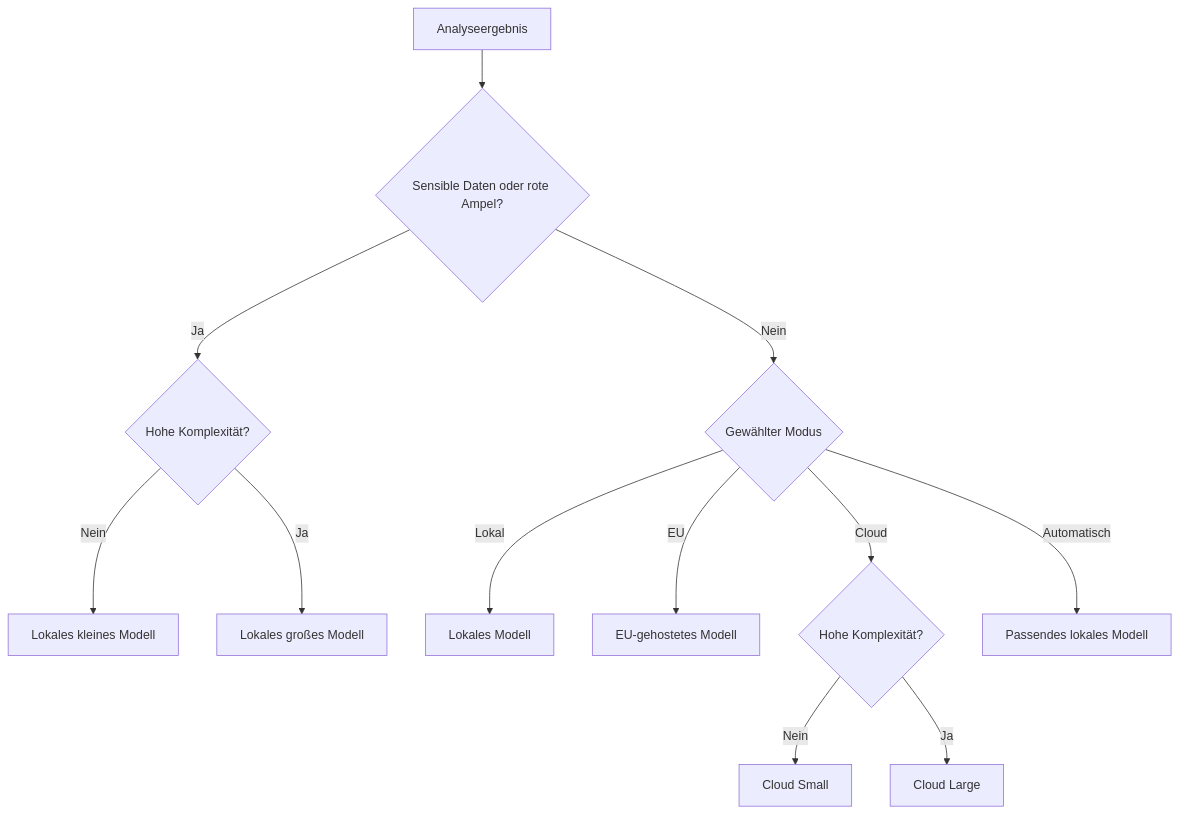
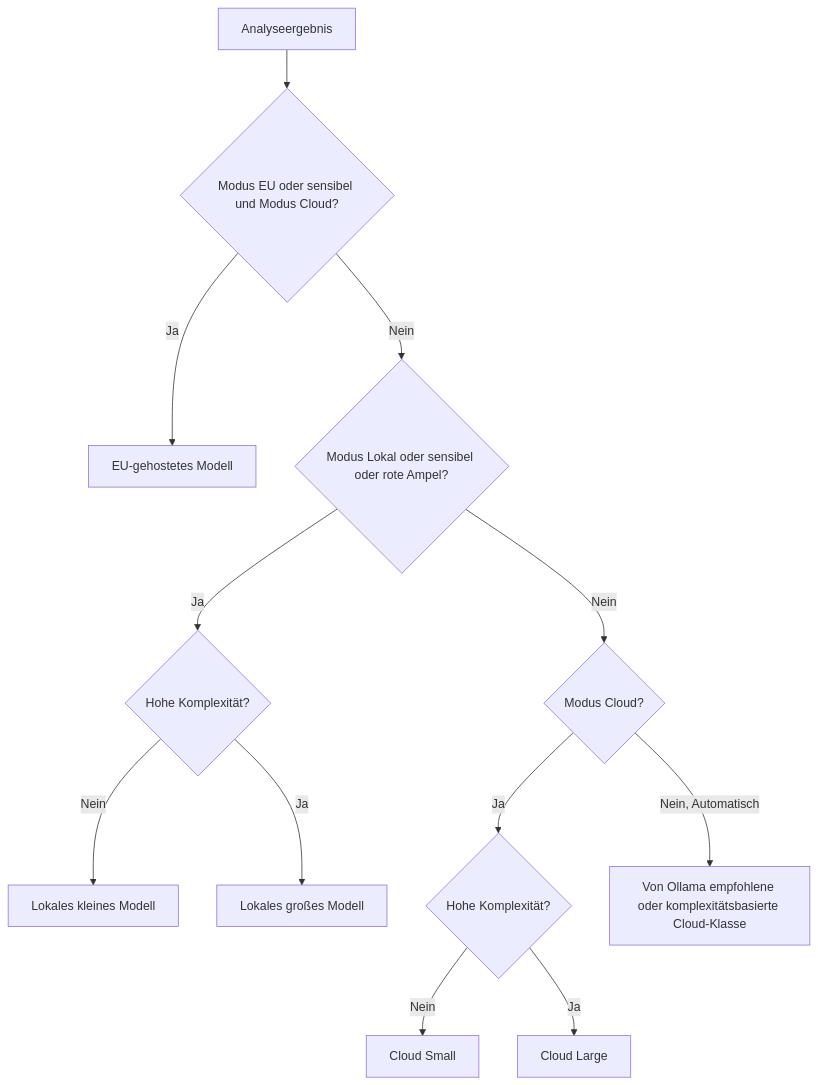
One commit to Enver-sc/AI-Lab changed the fifth of 7 diagrams in docs/TECHNISCHE_DOKUMENTATION.md. Above: the diagram before and after it, drawn with Mermaid. The commit also changed other lines of this file and 5 other files, not shown here.

Commit message:
Architektur: Compliance- und Modellauswahl-Detailkapitel, Diagramm-Fixes, Praesi-Update

````diff
--- a/docs/TECHNISCHE_DOKUMENTATION.md
+++ b/docs/TECHNISCHE_DOKUMENTATION.md
@@ -261,14 +261,14 @@
 ```mermaid
 flowchart TD
-    A[Analyseergebnis] --> S{Sensible Daten oder rote Ampel?}
-    S -->|Ja| L{Hohe Komplexität?}
+    A[Analyseergebnis] --> C1{Modus EU oder sensibel und Modus Cloud?}
+    C1 -->|Ja| EU[EU-gehostetes Modell]
+    C1 -->|Nein| C2{Modus Lokal oder sensibel oder rote Ampel?}
+    C2 -->|Ja| L{Hohe Komplexität?}
     L -->|Nein| LS[Lokales kleines Modell]
     L -->|Ja| LL[Lokales großes Modell]
-    S -->|Nein| M{Gewählter Modus}
-    M -->|Lokal| LS2[Lokales Modell]
-    M -->|EU| EU[EU-gehostetes Modell]
-    M -->|Cloud| C{Hohe Komplexität?}
+    C2 -->|Nein| C3{Modus Cloud?}
+    C3 -->|Ja| C{Hohe Komplexität?}
     C -->|Nein| CS[Cloud Small]
     C -->|Ja| CL[Cloud Large]
-    M -->|Automatisch| LA[Passendes lokales Modell]
+    C3 -->|Nein, Automatisch| CA[Von Ollama empfohlene oder komplexitätsbasierte Cloud-Klasse]
 ```
````
